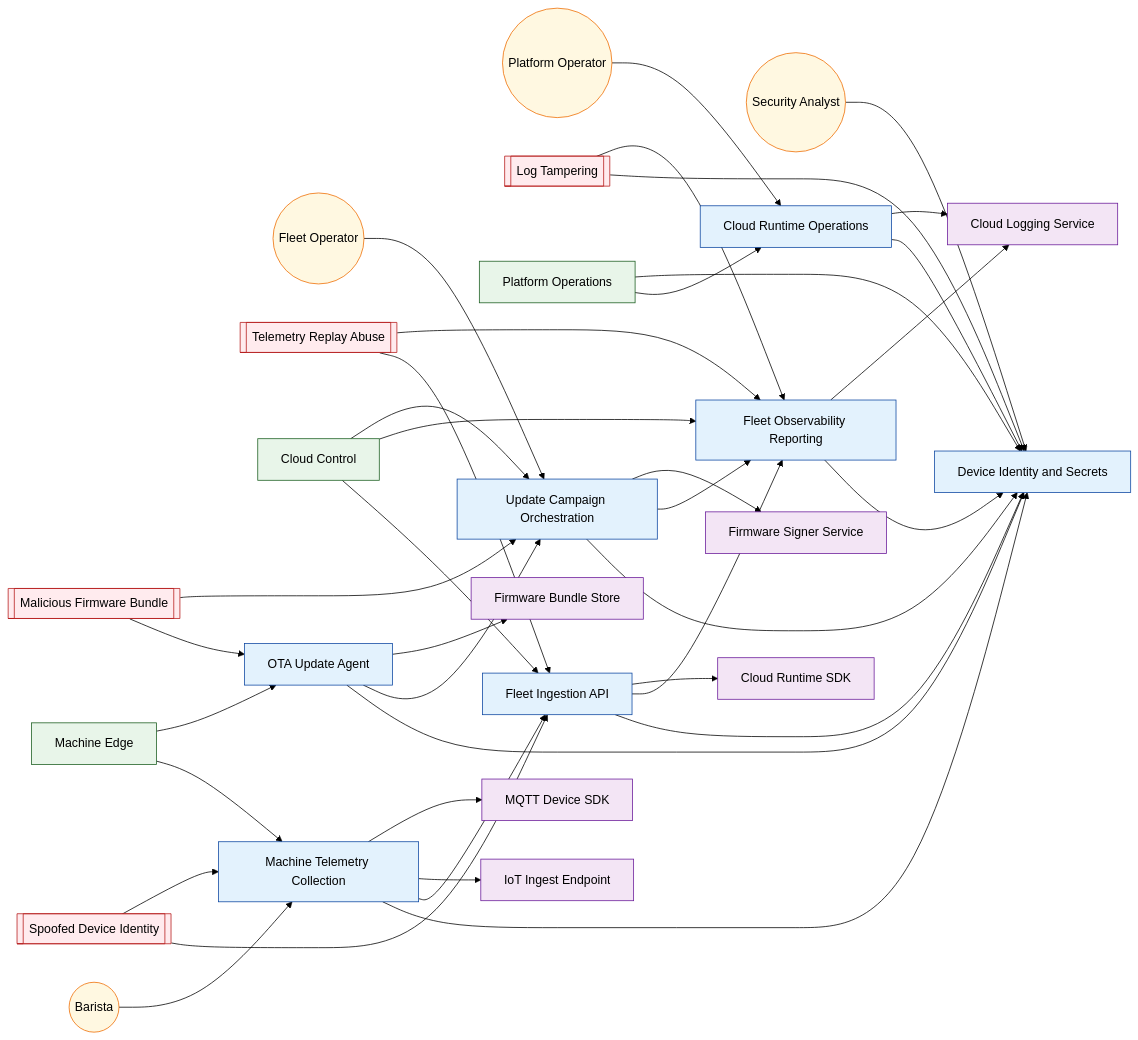
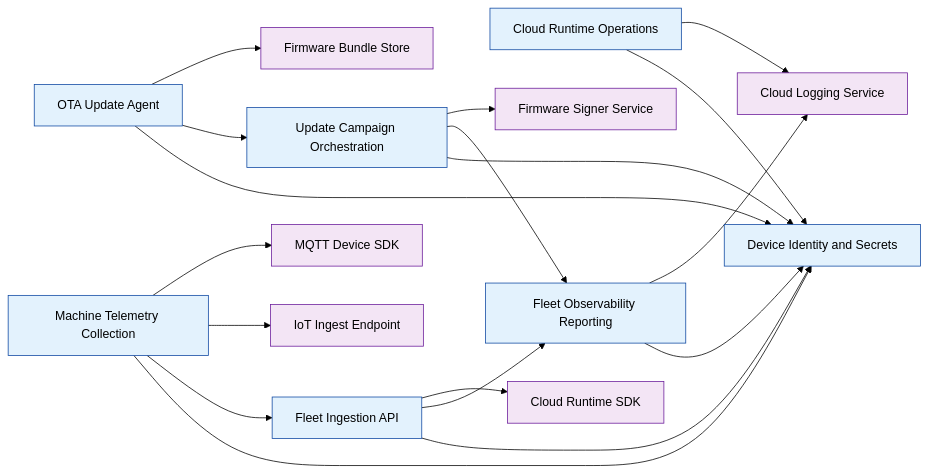
Before and after one commit to labeth/engineering-model-go: the diagram in examples/coffee-fleet-ota-cloud-sample/generated/VIEW-TRACEABILITY.mmd, drawn with Mermaid (forest theme). The commit also changed 48 other files, not shown here.

Commit message:
added flow view

```diff
--- a/examples/coffee-fleet-ota-cloud-sample/generated/VIEW-TRACEABILITY.mmd
+++ b/examples/coffee-fleet-ota-cloud-sample/generated/VIEW-TRACEABILITY.mmd
@@ -1,68 +1,47 @@
 flowchart LR
 %% view: VIEW-TRACEABILITY (traceability)
-N_ACT_BARISTA(("Barista")):::actor
-N_ACT_FLEET_OPERATOR(("Fleet Operator")):::actor
-N_ACT_PLATFORM_OPERATOR(("Platform Operator")):::actor
-N_ACT_SECURITY_ANALYST(("Security Analyst")):::actor
-N_AV_LOG_TAMPERING[["Log Tampering"]]:::attack_vector
-N_AV_MALICIOUS_FIRMWARE_BUNDLE[["Malicious Firmware Bundle"]]:::attack_vector
-N_AV_SPOOFED_DEVICE_IDENTITY[["Spoofed Device Identity"]]:::attack_vector
-N_AV_TELEMETRY_REPLAY_ABUSE[["Telemetry Replay Abuse"]]:::attack_vector
-N_FG_CLOUD_CONTROL["Cloud Control"]:::functional_group
-N_FG_MACHINE_EDGE["Machine Edge"]:::functional_group
-N_FG_PLATFORM_OPERATIONS["Platform Operations"]:::functional_group
 N_FU_CLOUD_RUNTIME_OPERATIONS["Cloud Runtime Operations"]:::functional_unit
 N_FU_DEVICE_IDENTITY_SECRETS["Device Identity and Secrets"]:::functional_unit
 N_FU_FLEET_INGESTION_API["Fleet Ingestion API"]:::functional_unit
 N_FU_FLEET_OBSERVABILITY_REPORTING["Fleet Observability Reporting"]:::functional_unit
 N_FU_MACHINE_TELEMETRY_COLLECTION["Machine Telemetry Collection"]:::functional_unit
 N_FU_OTA_UPDATE_AGENT["OTA Update Agent"]:::functional_unit
 N_FU_UPDATE_CAMPAIGN_ORCHESTRATION["Update Campaign Orchestration"]:::functional_unit
 N_REF_CLOUD_LOGGING_SERVICE["Cloud Logging Service"]:::referenced_element
 N_REF_CLOUD_RUNTIME_SDK["Cloud Runtime SDK"]:::referenced_element
 N_REF_FIRMWARE_BUNDLE_STORE["Firmware Bundle Store"]:::referenced_element
 N_REF_FIRMWARE_SIGNER_SERVICE["Firmware Signer Service"]:::referenced_element
 N_REF_IOT_INGEST_ENDPOINT["IoT Ingest Endpoint"]:::referenced_element
 N_REF_MQTT_DEVICE_SDK["MQTT Device SDK"]:::referenced_element
-N_ACT_BARISTA --> N_FU_MACHINE_TELEMETRY_COLLECTION
-N_ACT_FLEET_OPERATOR --> N_FU_UPDATE_CAMPAIGN_ORCHESTRATION
-N_ACT_PLATFORM_OPERATOR --> N_FU_CLOUD_RUNTIME_OPERATIONS
-N_ACT_SECURITY_ANALYST --> N_FU_DEVICE_IDENTITY_SECRETS
-N_AV_LOG_TAMPERING --> N_FU_DEVICE_IDENTITY_SECRETS
-N_AV_LOG_TAMPERING --> N_FU_FLEET_OBSERVABILITY_REPORTING
-N_AV_MALICIOUS_FIRMWARE_BUNDLE --> N_FU_OTA_UPDATE_AGENT
-N_AV_MALICIOUS_FIRMWARE_BUNDLE --> N_FU_UPDATE_CAMPAIGN_ORCHESTRATION
-N_AV_SPOOFED_DEVICE_IDENTITY --> N_FU_FLEET_INGESTION_API
-N_AV_SPOOFED_DEVICE_IDENTITY --> N_FU_MACHINE_TELEMETRY_COLLECTION
-N_AV_TELEMETRY_REPLAY_ABUSE --> N_FU_FLEET_INGESTION_API
-N_AV_TELEMETRY_REPLAY_ABUSE --> N_FU_FLEET_OBSERVABILITY_REPORTING
-N_FG_CLOUD_CONTROL --> N_FU_FLEET_INGESTION_API
-N_FG_CLOUD_CONTROL --> N_FU_FLEET_OBSERVABILITY_REPORTING
-N_FG_CLOUD_CONTROL --> N_FU_UPDATE_CAMPAIGN_ORCHESTRATION
-N_FG_MACHINE_EDGE --> N_FU_MACHINE_TELEMETRY_COLLECTION
-N_FG_MACHINE_EDGE --> N_FU_OTA_UPDATE_AGENT
-N_FG_PLATFORM_OPERATIONS --> N_FU_CLOUD_RUNTIME_OPERATIONS
-N_FG_PLATFORM_OPERATIONS --> N_FU_DEVICE_IDENTITY_SECRETS
 N_FU_CLOUD_RUNTIME_OPERATIONS --> N_FU_DEVICE_IDENTITY_SECRETS
 N_FU_CLOUD_RUNTIME_OPERATIONS --> N_REF_CLOUD_LOGGING_SERVICE
 N_FU_FLEET_INGESTION_API --> N_FU_DEVICE_IDENTITY_SECRETS
 N_FU_FLEET_INGESTION_API --> N_FU_FLEET_OBSERVABILITY_REPORTING
 N_FU_FLEET_INGESTION_API --> N_REF_CLOUD_RUNTIME_SDK
 N_FU_FLEET_OBSERVABILITY_REPORTING --> N_FU_DEVICE_IDENTITY_SECRETS
 N_FU_FLEET_OBSERVABILITY_REPORTING --> N_REF_CLOUD_LOGGING_SERVICE
 N_FU_MACHINE_TELEMETRY_COLLECTION --> N_FU_DEVICE_IDENTITY_SECRETS
 N_FU_MACHINE_TELEMETRY_COLLECTION --> N_FU_FLEET_INGESTION_API
 N_FU_MACHINE_TELEMETRY_COLLECTION --> N_REF_IOT_INGEST_ENDPOINT
 N_FU_MACHINE_TELEMETRY_COLLECTION --> N_REF_MQTT_DEVICE_SDK
 N_FU_OTA_UPDATE_AGENT --> N_FU_DEVICE_IDENTITY_SECRETS
 N_FU_OTA_UPDATE_AGENT --> N_FU_UPDATE_CAMPAIGN_ORCHESTRATION
 N_FU_OTA_UPDATE_AGENT --> N_REF_FIRMWARE_BUNDLE_STORE
 N_FU_UPDATE_CAMPAIGN_ORCHESTRATION --> N_FU_DEVICE_IDENTITY_SECRETS
 N_FU_UPDATE_CAMPAIGN_ORCHESTRATION --> N_FU_FLEET_OBSERVABILITY_REPORTING
 N_FU_UPDATE_CAMPAIGN_ORCHESTRATION --> N_REF_FIRMWARE_SIGNER_SERVICE
 classDef functional_group fill:#e8f5e9,stroke:#1b5e20,stroke-width:1px;
 classDef functional_unit fill:#e3f2fd,stroke:#0d47a1,stroke-width:1px;
 classDef actor fill:#fff8e1,stroke:#ef6c00,stroke-width:1px;
 classDef attack_vector fill:#ffebee,stroke:#b71c1c,stroke-width:1px;
 classDef referenced_element fill:#f3e5f5,stroke:#6a1b9a,stroke-width:1px;
+classDef interface fill:#e8f5e9,stroke:#2e7d32,stroke-width:1px;
+classDef data_object fill:#fff3e0,stroke:#ef6c00,stroke-width:1px;
+classDef deployment_target fill:#ede7f6,stroke:#5e35b1,stroke-width:1px;
+classDef control fill:#fce4ec,stroke:#ad1457,stroke-width:1px;
+classDef trust_boundary fill:#e0f7fa,stroke:#006064,stroke-width:1px;
+classDef state fill:#e1f5fe,stroke:#0277bd,stroke-width:1px;
+classDef event fill:#fffde7,stroke:#f9a825,stroke-width:1px;
+classDef flow fill:#ede7f6,stroke:#4527a0,stroke-width:1px;
+classDef flow_step fill:#f1f8e9,stroke:#33691e,stroke-width:1px;
 classDef unknown fill:#ffffff,stroke:#adb5bd,stroke-width:1px;
```
